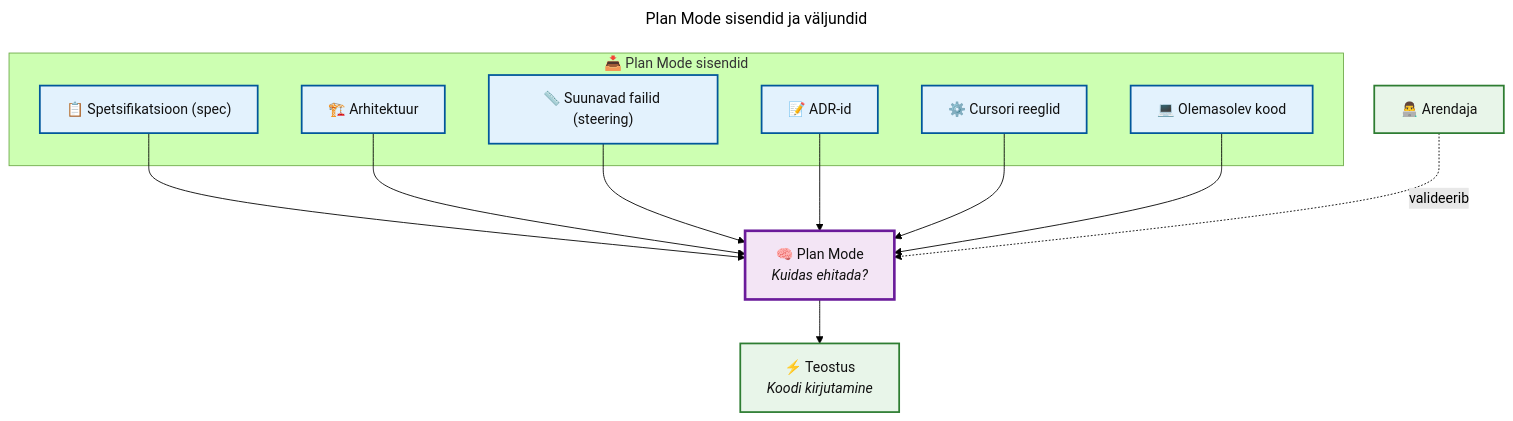
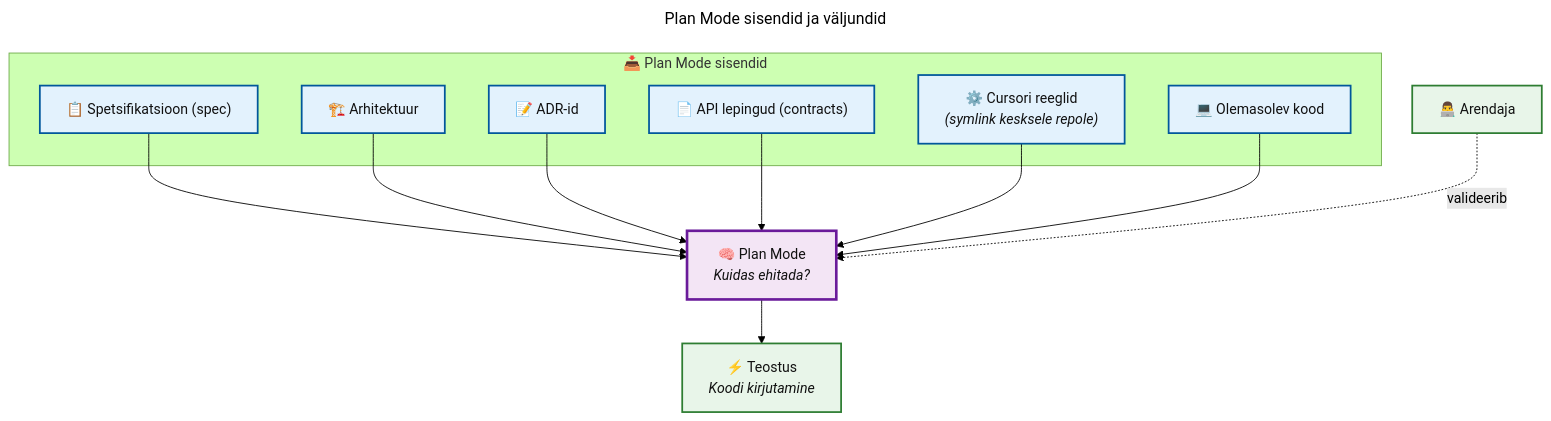
One commit to e-gov/cursor-prompts changed the seventh of 17 diagrams in process/specification-driven-development.md. Above: the diagram before and after it, drawn with Mermaid (forest theme). The commit also changed other lines of this file and 18 other files, not shown here.

````diff
--- a/process/specification-driven-development.md
+++ b/process/specification-driven-development.md
@@ -300,36 +305,36 @@
 ```mermaid
 ---
 title: Plan Mode sisendid ja väljundid
 ---
 flowchart TD
     subgraph Sisendid["📥 Plan Mode sisendid"]
         SPEC["📋 Spetsifikatsioon (spec)"]
         ARCH["🏗️ Arhitektuur"]
-        STEER["📏 Suunavad failid (steering)"]
         ADR["📝 ADR-id"]
-        RULES["⚙️ Cursori reeglid"]
+        CONTR["📄 API lepingud (contracts)"]
+        RULES["⚙️ Cursori reeglid<br/><i>(symlink kesksele repole)</i>"]
         CODE["💻 Olemasolev kood"]
     end
 
     PLAN["🧠 Plan Mode<br/><i>Kuidas ehitada?</i>"]
     IMPL["⚡ Teostus<br/><i>Koodi kirjutamine</i>"]
     DEV["👨‍💻 Arendaja"]
 
     SPEC --> PLAN
     ARCH --> PLAN
-    STEER --> PLAN
     ADR --> PLAN
+    CONTR --> PLAN
     RULES --> PLAN
     CODE --> PLAN
     
     PLAN --> IMPL
     DEV -.->|"valideerib"| PLAN
 
     classDef input fill:#e3f2fd,stroke:#01579b,stroke-width:2px,color:#111111
     classDef process fill:#f3e5f5,stroke:#6a1b9a,stroke-width:3px,color:#111111
     classDef output fill:#e8f5e9,stroke:#2e7d32,stroke-width:2px,color:#111111
 
-    class SPEC,ARCH,STEER,ADR,RULES,CODE input
+    class SPEC,ARCH,ADR,CONTR,RULES,CODE input
     class PLAN process
     class IMPL,DEV output
 ```
````
